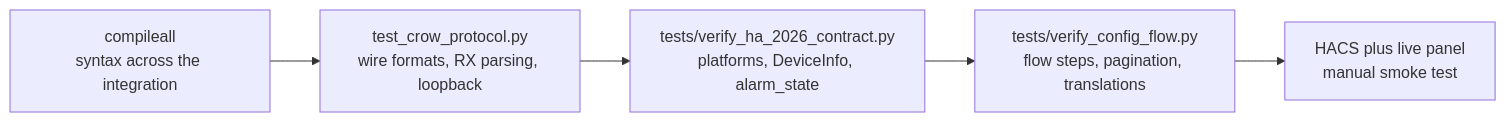
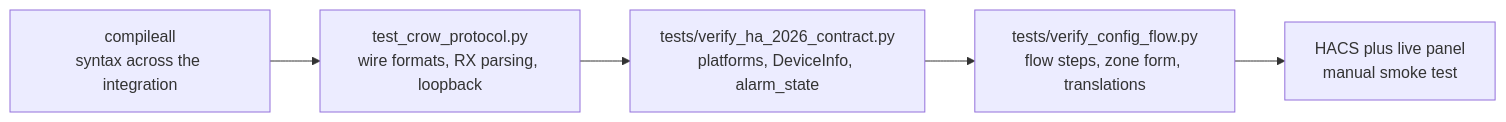
One commit to acdcnow/Crow-AAP-Alarm-System-for-Home-Assistant changed the tenth of 13 diagrams in docs/WORKFLOWS.md. Above: the diagram before and after it, drawn with Mermaid. The commit also changed other lines of this file and 14 other files, not shown here.

First line of the commit message:
fix(zones): repair stale zone devices/entity ids and rewrite the zone step of the flow

````diff
--- a/docs/WORKFLOWS.md
+++ b/docs/WORKFLOWS.md
@@ -250,10 +250,10 @@
 ```mermaid
 flowchart LR
     A["compileall<br/>syntax across the integration"]
     B["test_crow_protocol.py<br/>wire formats, RX parsing, loopback"]
     C["tests/verify_ha_2026_contract.py<br/>platforms, DeviceInfo, alarm_state"]
-    D["tests/verify_config_flow.py<br/>flow steps, pagination, translations"]
+    D["tests/verify_config_flow.py<br/>flow steps, zone form, translations"]
     E["HACS plus live panel<br/>manual smoke test"]
 
     A --> B --> C --> D --> E
 ```
````
